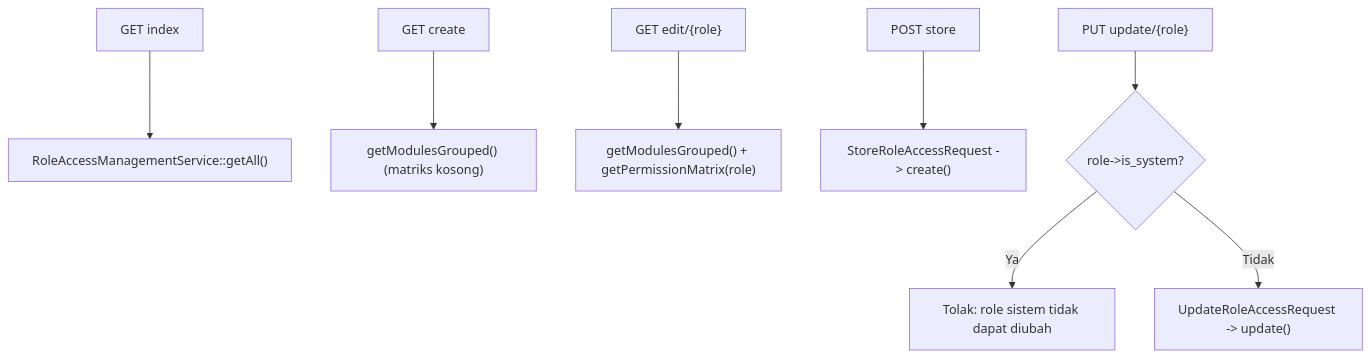
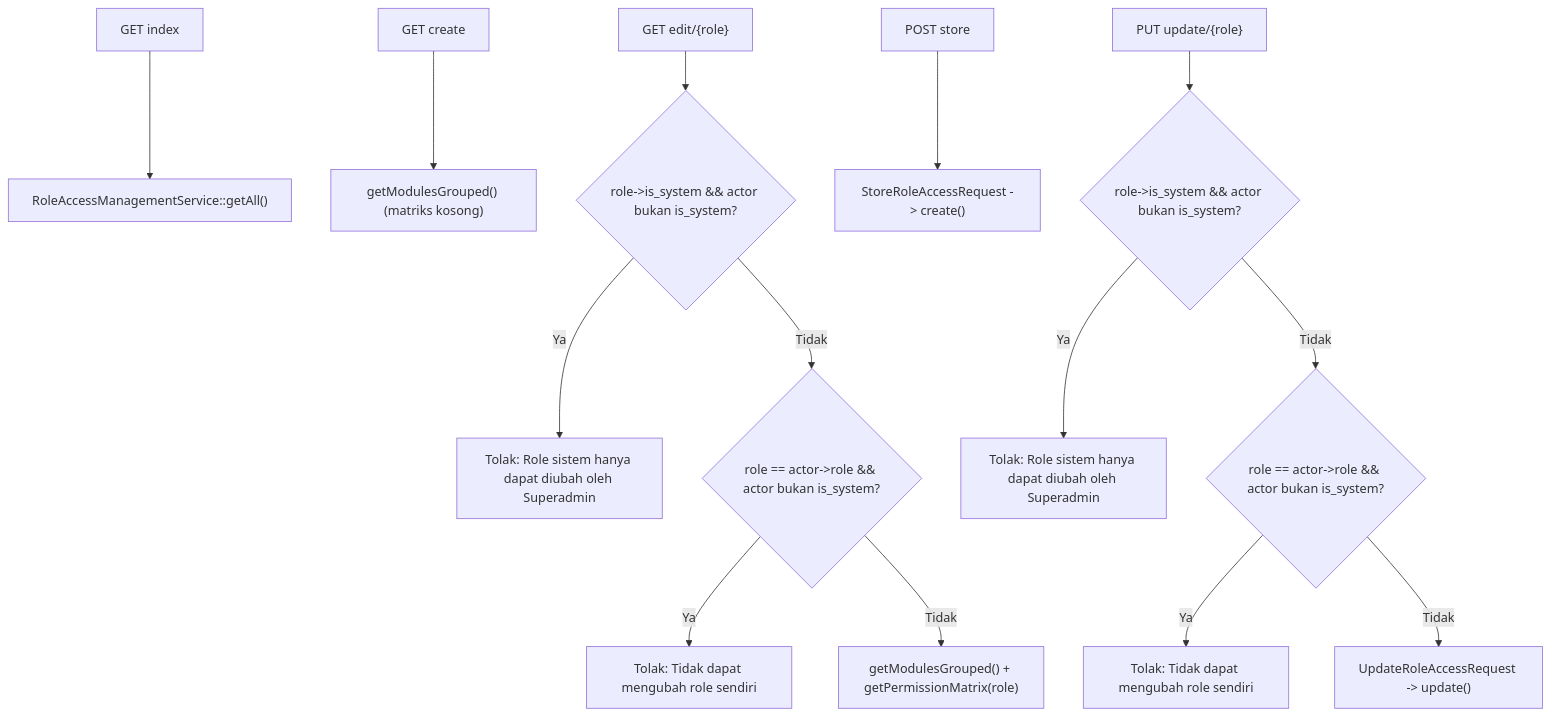
The diagram in dokumentasi/pengaturan-role-akses.md (AltamaSidoarjo/laravel-siakurat-pt-smt), drawn with Mermaid before and after one commit. The commit also changed other lines of this file and 12 other files, not shown here.

First line of the commit message:
feat(role-akses): sesuaikan izin role sistem serta perkuat keamanan pengguna dan role akses

````diff
--- a/dokumentasi/pengaturan-role-akses.md
+++ b/dokumentasi/pengaturan-role-akses.md
@@ -32,10 +32,16 @@
 ```mermaid
 flowchart TD
     A["GET index"] --> B["RoleAccessManagementService::getAll()"]
     C["GET create"] --> D["getModulesGrouped() (matriks kosong)"]
-    E["GET edit/{role}"] --> F["getModulesGrouped() + getPermissionMatrix(role)"]
-    G["POST store"] --> H["StoreRoleAccessRequest -> create()"]
-    I["PUT update/{role}"] --> J{"role->is_system?"}
-    J -- Ya --> K["Tolak: role sistem tidak dapat diubah"]
-    J -- Tidak --> L["UpdateRoleAccessRequest -> update()"]
+    E["GET edit/{role}"] --> F{"role->is_system && actor bukan is_system?"}
+    F -- Ya --> G["Tolak: Role sistem hanya dapat diubah oleh Superadmin"]
+    F -- Tidak --> H{"role == actor->role && actor bukan is_system?"}
+    H -- Ya --> I["Tolak: Tidak dapat mengubah role sendiri"]
+    H -- Tidak --> J["getModulesGrouped() + getPermissionMatrix(role)"]
+    K["POST store"] --> L["StoreRoleAccessRequest -> create()"]
+    M["PUT update/{role}"] --> N{"role->is_system && actor bukan is_system?"}
+    N -- Ya --> O["Tolak: Role sistem hanya dapat diubah oleh Superadmin"]
+    N -- Tidak --> P{"role == actor->role && actor bukan is_system?"}
+    P -- Ya --> Q["Tolak: Tidak dapat mengubah role sendiri"]
+    P -- Tidak --> R["UpdateRoleAccessRequest -> update()"]
 ```
````
